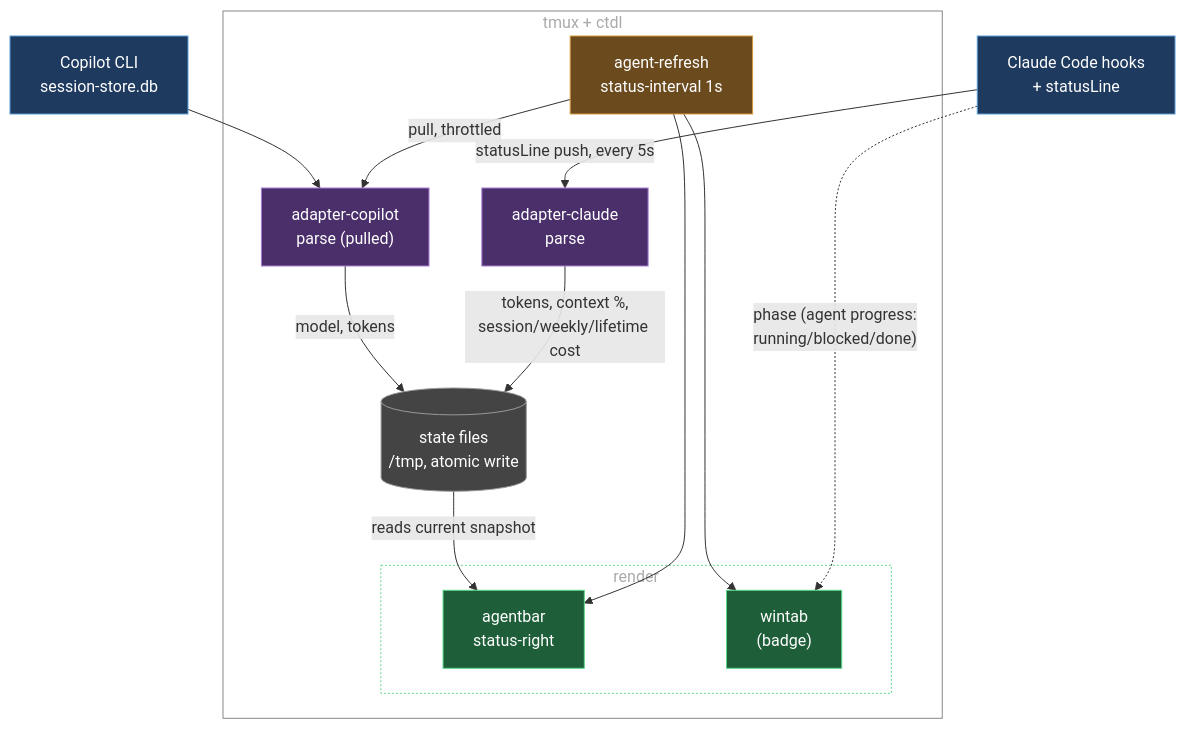
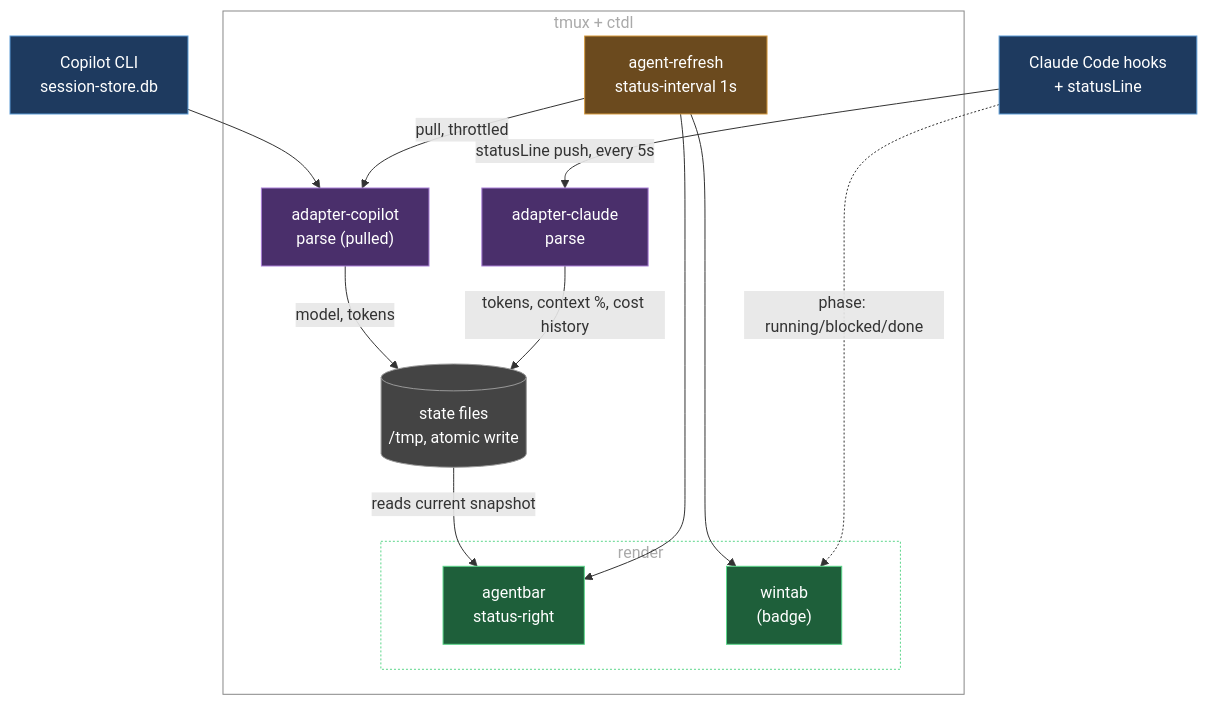
Before and after one commit to marcintk/tmux-ctdl: the diagram in README.md, drawn with Mermaid.

Commit message:
docs: simplify diagram edge labels (drop quotes/<br/>) — GitHub mermaid render was failing

````diff
--- a/README.md
+++ b/README.md
@@ -110,36 +110,36 @@
 ```mermaid
 graph TD
   claude["Claude Code hooks<br/>+ statusLine"]:::src
   copilot["Copilot CLI<br/>session-store.db"]:::src
 
   subgraph ctdl["tmux + ctdl"]
     tick["agent-refresh<br/>status-interval 1s"]:::sched
     adapterClaude["adapter-claude<br/>parse"]:::adapter
     adapterCopilot["adapter-copilot<br/>parse (pulled)"]:::adapter
     state[("state files<br/>/tmp, atomic write")]:::store
     subgraph render["render"]
       agentbar["agentbar<br/>status-right"]:::out
       wintab["wintab<br/>(badge)"]:::out
     end
   end
 
   claude -- statusLine push, every 5s --> adapterClaude
   tick -- pull, throttled --> adapterCopilot
   copilot --> adapterCopilot
 
-  adapterClaude -- "tokens, context %,<br/>session/weekly/lifetime cost" --> state
-  adapterCopilot -- "model, tokens" --> state
-  claude -. "phase (agent progress:<br/>running/blocked/done)" .-> wintab
+  adapterClaude -- tokens, context %, cost history --> state
+  adapterCopilot -- model, tokens --> state
+  claude -. phase: running/blocked/done .-> wintab
 
   tick --> agentbar
   tick --> wintab
   state -- reads current snapshot --> agentbar
 
   classDef src fill:#1e3a5f,stroke:#5b9bd5,color:#fff
   classDef adapter fill:#4a2f6b,stroke:#a97fd6,color:#fff
   classDef store fill:#444,stroke:#999,color:#fff
   classDef sched fill:#6b4a1e,stroke:#d69a3f,color:#fff
   classDef out fill:#1e5f3a,stroke:#5bd68a,color:#fff
   style ctdl fill:none,stroke:#888,color:#aaa
   style render fill:none,stroke:#5bd68a,stroke-dasharray:2 2,color:#aaa
 ```
````
